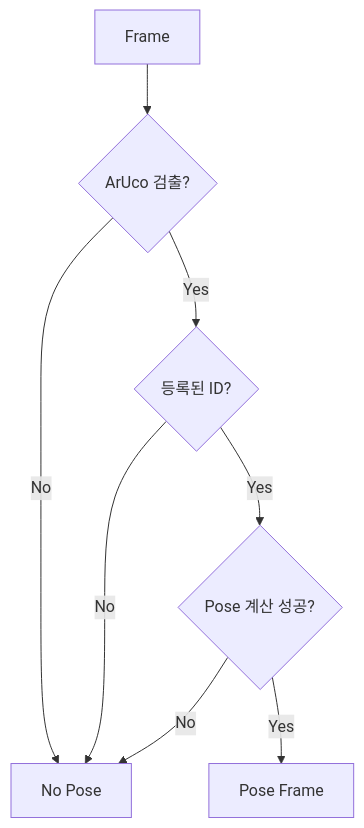
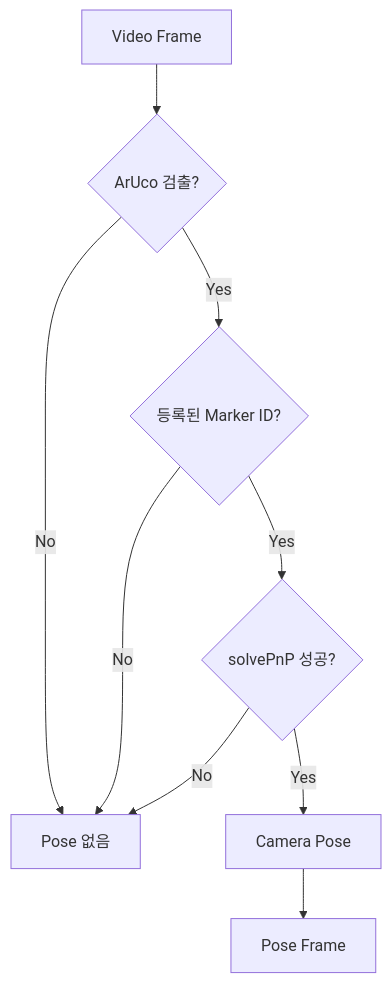
One commit to JIWOO1127/machine-vision1 changed the seventh of 9 diagrams in README.md. Above: the diagram before and after it, drawn with Mermaid. The commit also changed other lines of this file and 8 other files, not shown here.

````diff
--- a/README.md
+++ b/README.md
@@ -748,17 +780,11 @@
 ```mermaid
 flowchart TD
-    A[Frame]
-    B{ArUco 검출?}
-    C{등록된 ID?}
-    D{Pose 계산 성공?}
-    E[Pose Frame]
-    X[No Pose]
-
-    A --> B
-    B -->|No| X
-    B -->|Yes| C
+    A[Video Frame] --> B{ArUco 검출?}
+    B -->|No| X[Pose 없음]
+    B -->|Yes| C{등록된 Marker ID?}
     C -->|No| X
-    C -->|Yes| D
+    C -->|Yes| D{solvePnP 성공?}
     D -->|No| X
-    D -->|Yes| E
+    D -->|Yes| E[Camera Pose]
+    E --> F[Pose Frame]
 ```
````
